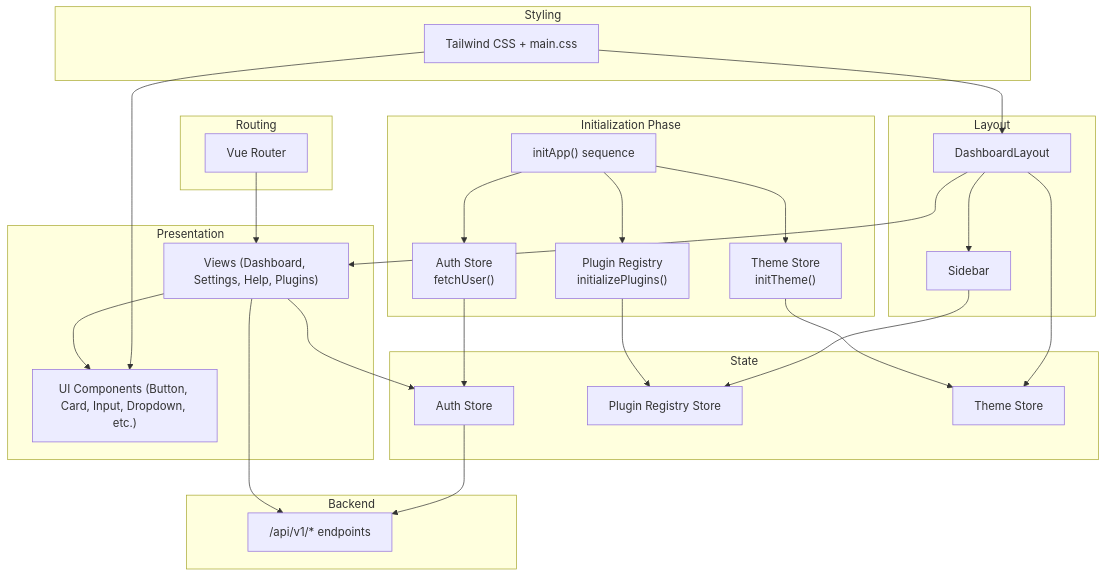
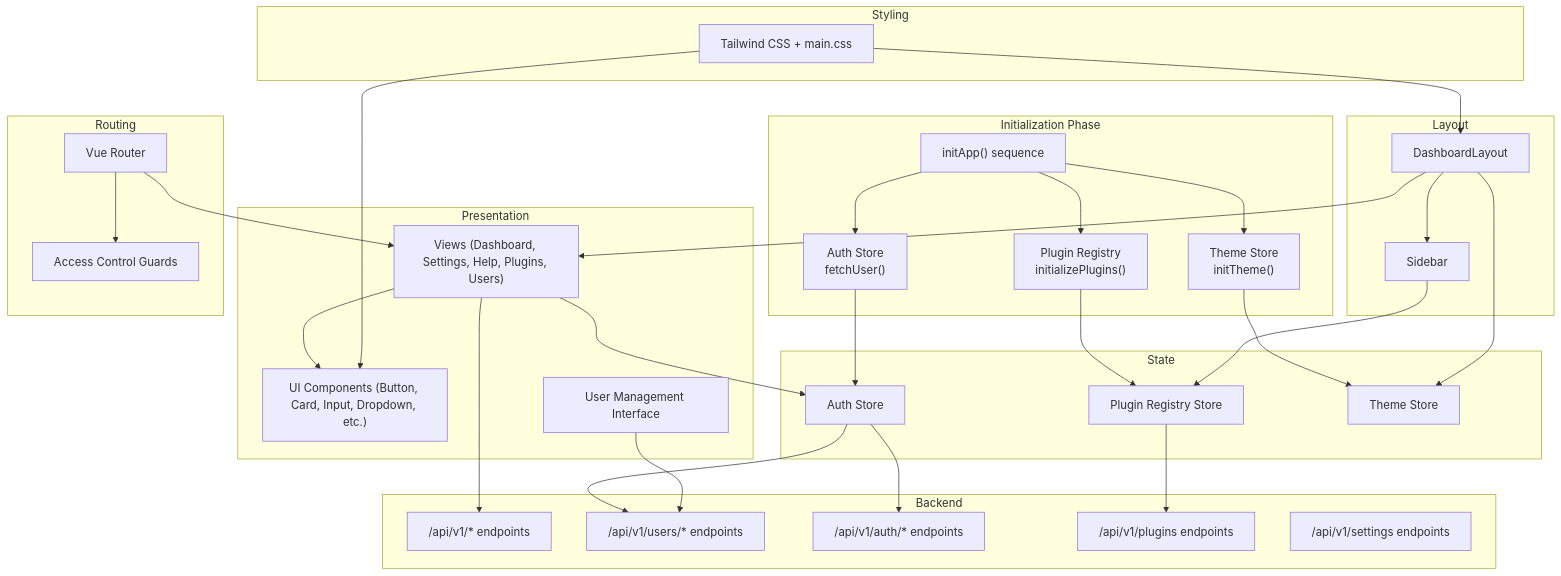
One commit to Nikita5543/New-SSO-02 changed the third of 14 diagrams in .qoder/repowiki/en/content/Frontend Architecture/Frontend Architecture.md. Above: the diagram before and after it, drawn with Mermaid. The commit also changed other lines of this file and 4 other files, not shown here.

````diff
--- a/.qoder/repowiki/en/content/Frontend Architecture/Frontend Architecture.md
+++ b/.qoder/repowiki/en/content/Frontend Architecture/Frontend Architecture.md
@@ -200,48 +211,58 @@
 ```mermaid
 graph TB
 subgraph "Initialization Phase"
 INIT["initApp() sequence"]
 THEME["Theme Store<br/>initTheme()"]
 AUTH["Auth Store<br/>fetchUser()"]
 REG["Plugin Registry<br/>initializePlugins()"]
 end
 subgraph "Presentation"
-VIEWS["Views (Dashboard, Settings, Help, Plugins)"]
+VIEWS["Views (Dashboard, Settings, Help, Plugins, Users)"]
 UI["UI Components (Button, Card, Input, Dropdown, etc.)"]
+UM["User Management Interface"]
 end
 subgraph "Layout"
 DL["DashboardLayout"]
 SB["Sidebar"]
 end
 subgraph "State"
 AUTHSTORE["Auth Store"]
 REGSTORE["Plugin Registry Store"]
 THEMESTORE["Theme Store"]
 end
 subgraph "Routing"
 ROUTER["Vue Router"]
+GUARDS["Access Control Guards"]
 end
 subgraph "Styling"
 CSS["Tailwind CSS + main.css"]
 end
 subgraph "Backend"
 API["/api/v1/* endpoints"]
+USERSAPI["/api/v1/users/* endpoints"]
+ENDPOINTS["/api/v1/auth/* endpoints"]
+ENDPOINTS2["/api/v1/plugins endpoints"]
+ENDPOINTS3["/api/v1/settings endpoints"]
 end
 INIT --> THEME
 INIT --> AUTH
 INIT --> REG
 THEME --> THEMESTORE
 AUTH --> AUTHSTORE
 REG --> REGSTORE
 DL --> SB
 DL --> VIEWS
 VIEWS --> UI
 VIEWS --> AUTHSTORE
 SB --> REGSTORE
 DL --> THEMESTORE
 ROUTER --> VIEWS
+ROUTER --> GUARDS
 VIEWS --> API
-AUTHSTORE --> API
+AUTHSTORE --> ENDPOINTS
+AUTHSTORE --> USERSAPI
+REGSTORE --> ENDPOINTS2
+UM --> USERSAPI
 CSS --> UI
 CSS --> DL
 ```
````
